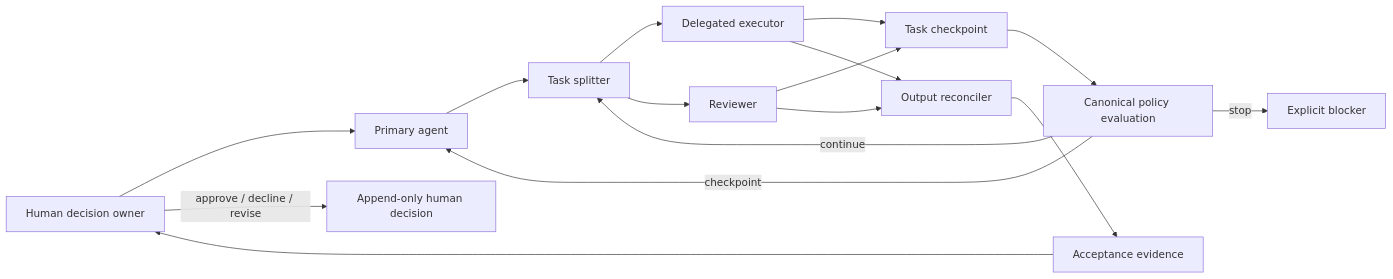
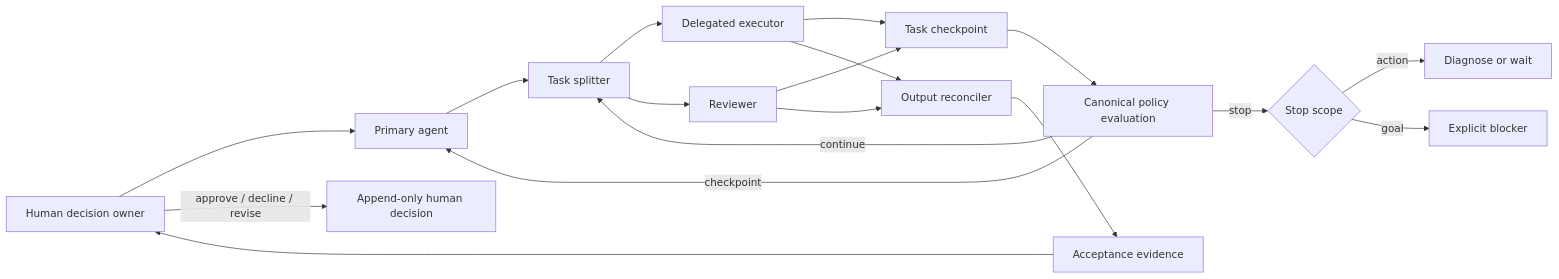
The diagram in README.md (WenyuChiou/agent-collab-skills), drawn with Mermaid before and after one commit. The commit also changed other lines of this file and 30 other files, not shown here.

````diff
--- a/README.md
+++ b/README.md
@@ -15,18 +15,20 @@
 ```mermaid
 flowchart LR
     H[Human decision owner] --> P[Primary agent]
     P --> S[Task splitter]
     S --> E[Delegated executor]
     S --> R[Reviewer]
     E --> C[Task checkpoint]
     R --> C
     C --> Y[Canonical policy evaluation]
     Y -->|continue| S
     Y -->|checkpoint| P
-    Y -->|stop| B[Explicit blocker]
+    Y -->|stop| Q{Stop scope}
+    Q -->|action| X[Diagnose or wait]
+    Q -->|goal| B[Explicit blocker]
     E --> O[Output reconciler]
     R --> O
     O --> A[Acceptance evidence]
     A --> H
     H -->|approve / decline / revise| D[Append-only human decision]
 ```
````
